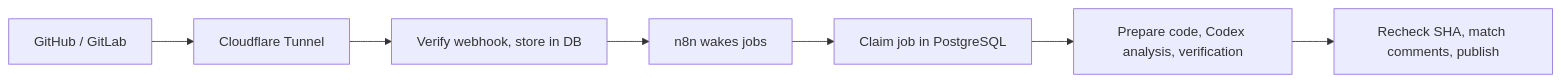
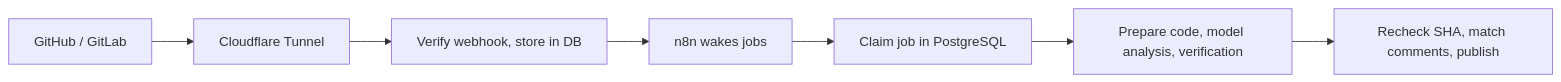
The diagram in README.en.md (thisis-joe/codereviewbot), drawn with Mermaid before and after one commit. The commit also changed other lines of this file and 10 other files, not shown here.

First line of the commit message:
feat(runner): choose Codex or Claude Code as the review engine

````diff
--- a/README.en.md
+++ b/README.en.md
@@ -42,9 +42,9 @@
 ```mermaid
 flowchart LR
   Git[GitHub / GitLab] --> Tunnel[Cloudflare Tunnel]
   Tunnel --> API[Verify webhook, store in DB]
   API --> N8N[n8n wakes jobs]
   N8N --> Queue[Claim job in PostgreSQL]
-  Queue --> Review[Prepare code, Codex analysis, verification]
+  Queue --> Review[Prepare code, model analysis, verification]
   Review --> Publish[Recheck SHA, match comments, publish]
 ```
````
